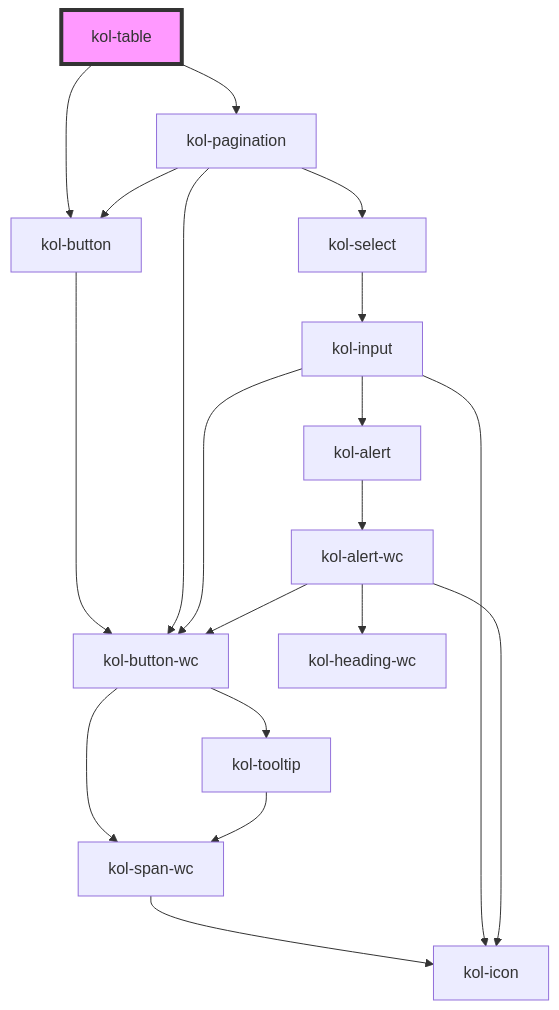
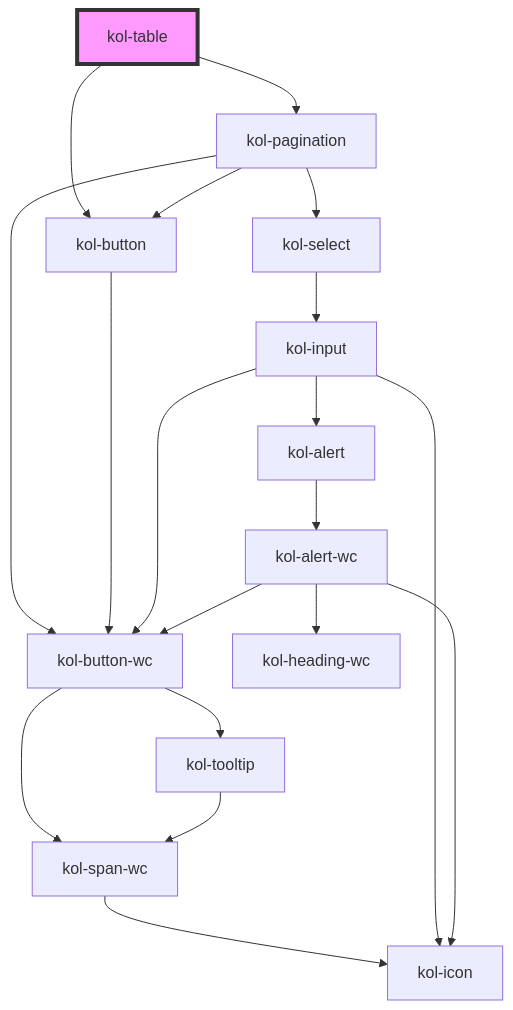
The diagram in packages/components/src/components/table/readme.md (public-ui/kolibri), drawn with Mermaid before and after one commit. The commit also changed other lines of this file and 3 other files, not shown here.

````diff
--- a/packages/components/src/components/table/readme.md
+++ b/packages/components/src/components/table/readme.md
@@ -141,22 +141,22 @@
 ```mermaid
 graph TD;
+  kol-table --> kol-pagination
   kol-table --> kol-button
-  kol-table --> kol-pagination
+  kol-pagination --> kol-button
+  kol-pagination --> kol-select
+  kol-pagination --> kol-button-wc
   kol-button --> kol-button-wc
   kol-button-wc --> kol-span-wc
   kol-button-wc --> kol-tooltip
   kol-span-wc --> kol-icon
   kol-tooltip --> kol-span-wc
-  kol-pagination --> kol-button
-  kol-pagination --> kol-select
-  kol-pagination --> kol-button-wc
   kol-select --> kol-input
   kol-input --> kol-icon
   kol-input --> kol-button-wc
   kol-input --> kol-alert
   kol-alert --> kol-alert-wc
   kol-alert-wc --> kol-heading-wc
   kol-alert-wc --> kol-button-wc
   kol-alert-wc --> kol-icon
   style kol-table fill:#f9f,stroke:#333,stroke-width:4px
 ```
````
